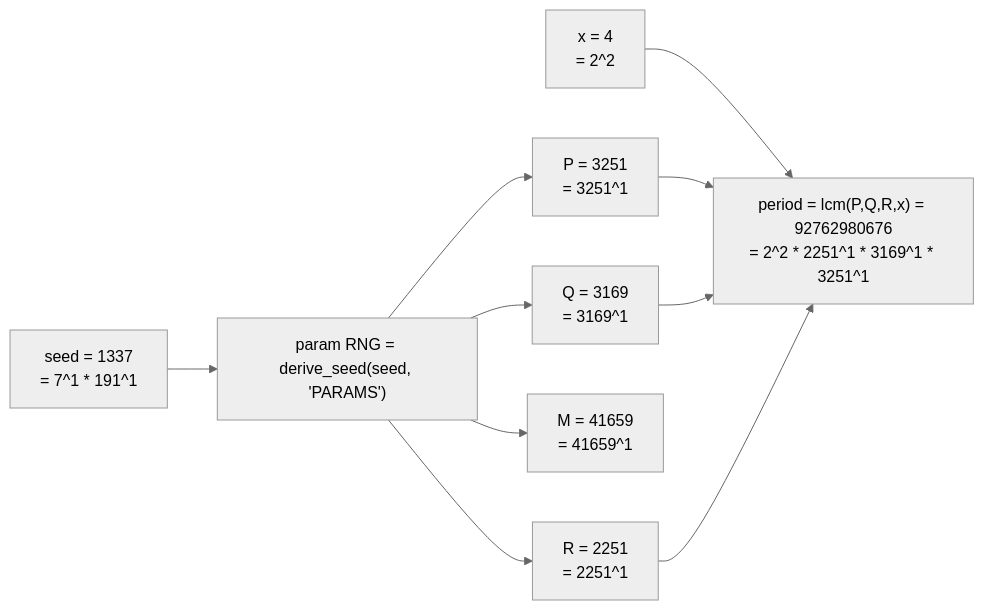
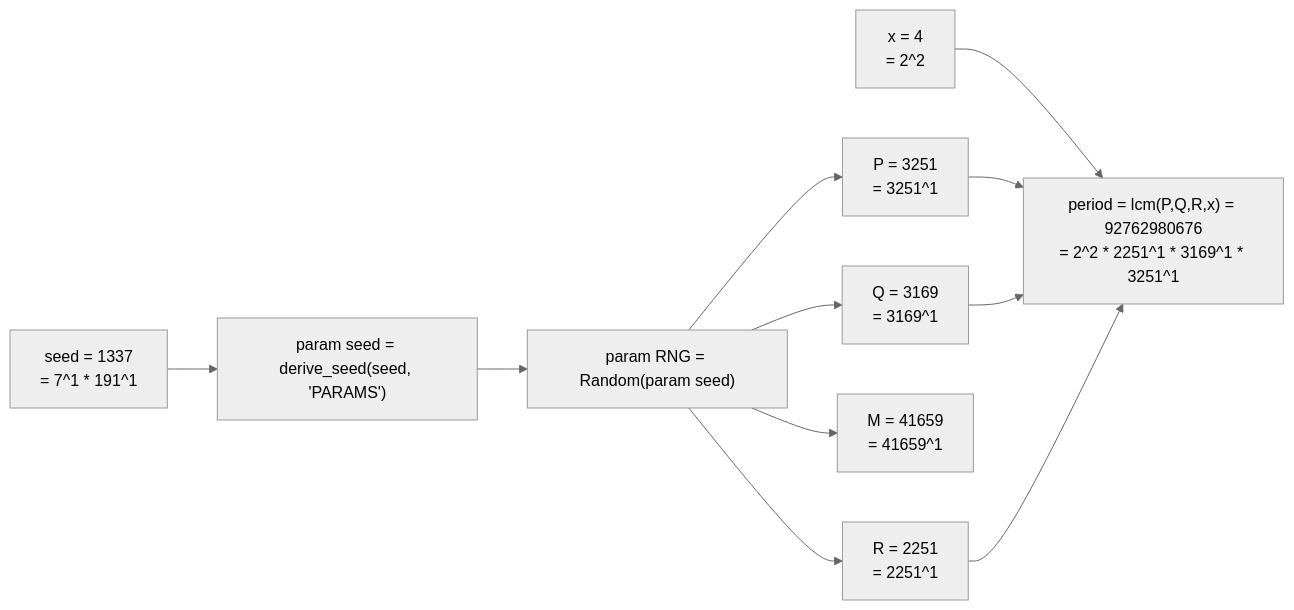
Before and after one commit to cekkr/phaselane-algorithm: the third of 11 diagrams in papers/main-paper.md, drawn with Mermaid. The commit also changed other lines of this file, not shown here.

````diff
--- a/papers/main-paper.md
+++ b/papers/main-paper.md
@@ -140,13 +161,14 @@
 ```mermaid
 %%{init: {"theme":"neutral","flowchart":{"curve":"basis"}} }%%
 flowchart LR
-  Seed1337["seed = 1337<br/>= 7^1 * 191^1"] --> Rng1337["param RNG = derive_seed(seed, 'PARAMS')"]
-  Rng1337 --> P1337["P = 3251<br/>= 3251^1"]
-  Rng1337 --> Q1337["Q = 3169<br/>= 3169^1"]
-  Rng1337 --> R1337["R = 2251<br/>= 2251^1"]
-  Rng1337 --> M1337["M = 41659<br/>= 41659^1"]
+  Seed1337["seed = 1337<br/>= 7^1 * 191^1"] --> ParamSeed1337["param seed = derive_seed(seed, 'PARAMS')"]
+  ParamSeed1337 --> ParamRng1337["param RNG = Random(param seed)"]
+  ParamRng1337 --> P1337["P = 3251<br/>= 3251^1"]
+  ParamRng1337 --> Q1337["Q = 3169<br/>= 3169^1"]
+  ParamRng1337 --> R1337["R = 2251<br/>= 2251^1"]
+  ParamRng1337 --> M1337["M = 41659<br/>= 41659^1"]
   X1337["x = 4<br/>= 2^2"] --> Period1337["period = lcm(P,Q,R,x) = 92762980676<br/>= 2^2 * 2251^1 * 3169^1 * 3251^1"]
   P1337 --> Period1337
   Q1337 --> Period1337
   R1337 --> Period1337
 ```
````
